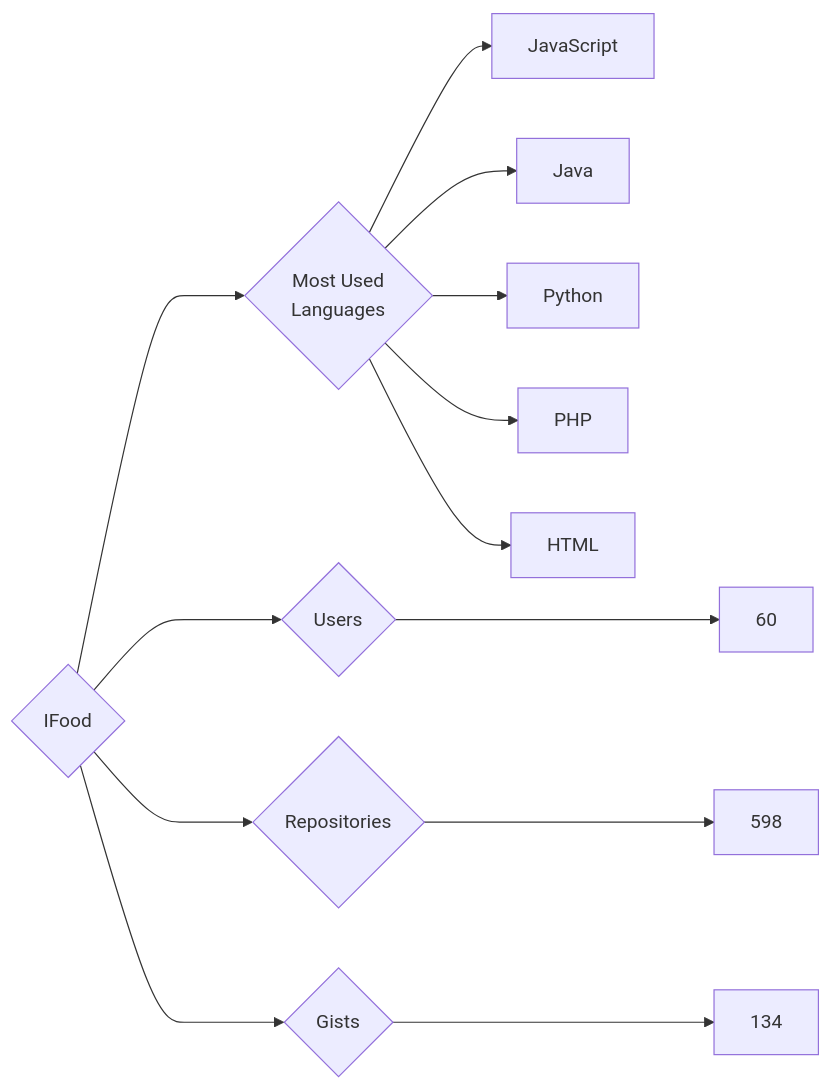
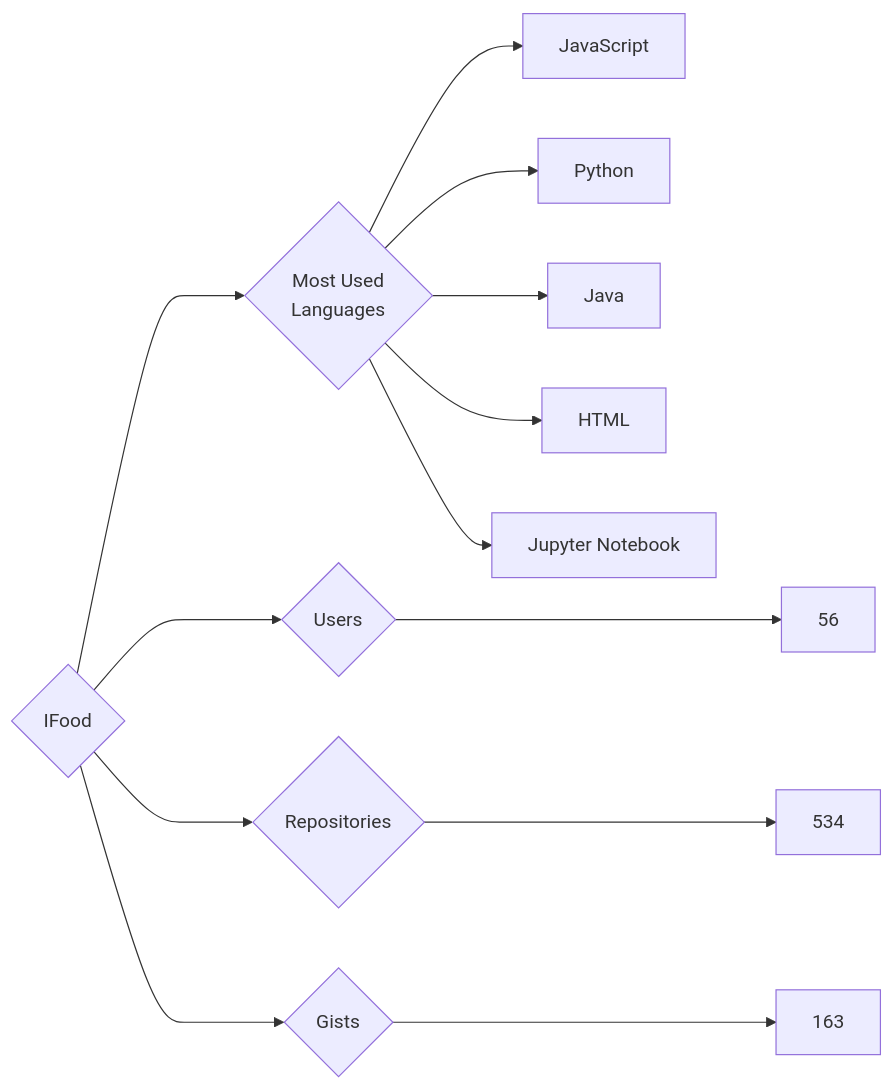
One commit to trickest/insiders changed the diagram in targets/IFood/README.md. Above: the diagram before and after it, drawn with Mermaid. The commit also changed 888 other files, not shown here.

````diff
--- a/targets/IFood/README.md
+++ b/targets/IFood/README.md
@@ -3,13 +3,13 @@
 ```mermaid
 graph LR
 COMPANY_NAME{IFood}
-COMPANY_NAME ---> U{Users} ---> UN[60]
-COMPANY_NAME ---> R{Repositories} ---> RN[598]
-COMPANY_NAME ---> G{Gists} ---> GN[134]
+COMPANY_NAME ---> U{Users} ---> UN[56]
+COMPANY_NAME ---> R{Repositories} ---> RN[534]
+COMPANY_NAME ---> G{Gists} ---> GN[163]
 COMPANY_NAME ---> ML{Most Used<br>Languages}
 ML --> JavaScript[JavaScript]
+ML --> Python[Python]
 ML --> Java[Java]
-ML --> Python[Python]
-ML --> PHP[PHP]
 ML --> HTML[HTML]
+ML --> Jupyter_Notebook[Jupyter Notebook]
 ```
````
